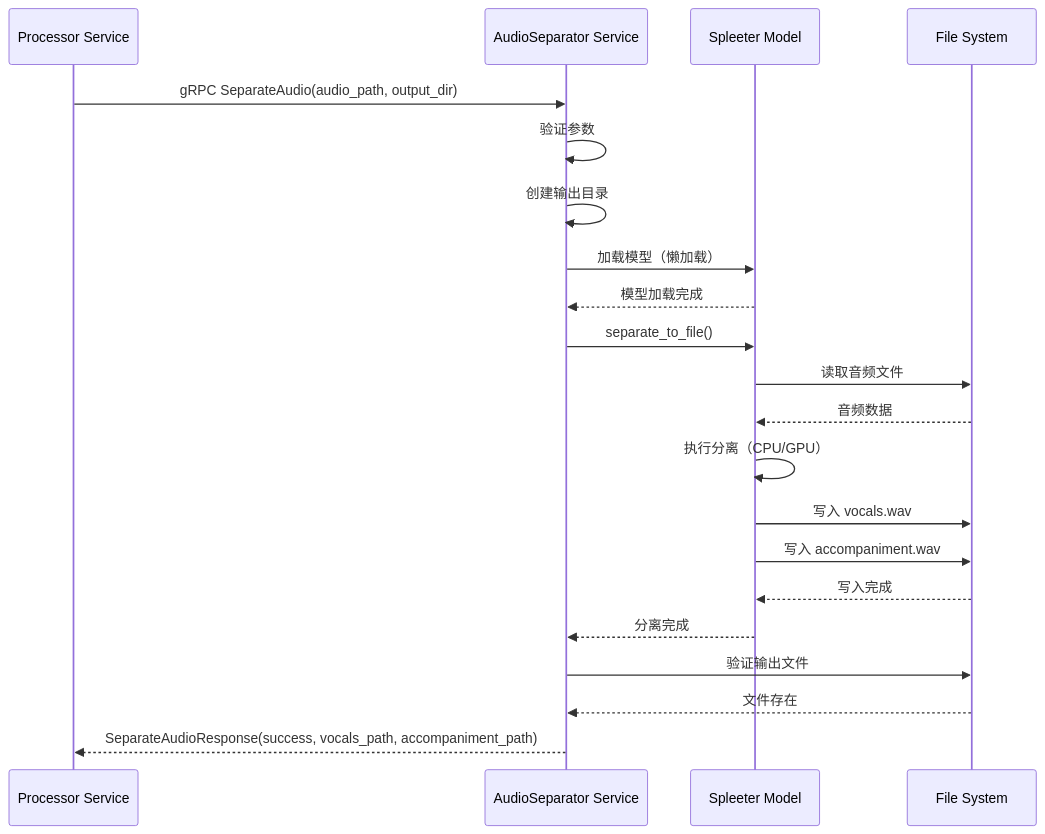
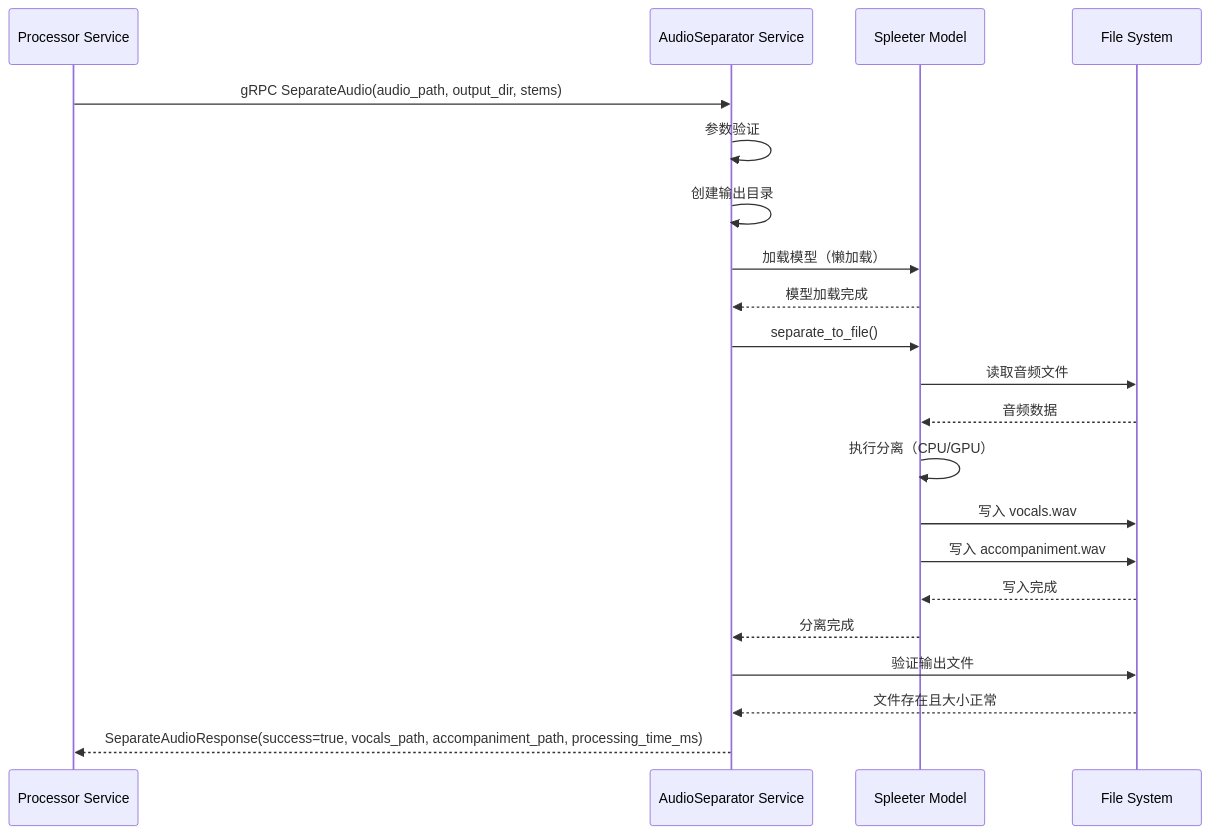
Before and after one commit to AoManoh/Video-In-Chinese: the first of 2 diagrams in notes/AudioSeparator-design.md, drawn with Mermaid. The commit also changed other lines of this file and 5 other files, not shown here.

````diff
--- a/notes/AudioSeparator-design.md
+++ b/notes/AudioSeparator-design.md
@@ -191,24 +217,24 @@
 ```mermaid
 sequenceDiagram
     participant P as Processor Service
     participant A as AudioSeparator Service
     participant S as Spleeter Model
     participant F as File System
 
-    P->>A: gRPC SeparateAudio(audio_path, output_dir)
-    A->>A: 验证参数
+    P->>A: gRPC SeparateAudio(audio_path, output_dir, stems)
+    A->>A: 参数验证
     A->>A: 创建输出目录
     A->>S: 加载模型（懒加载）
     S-->>A: 模型加载完成
     A->>S: separate_to_file()
     S->>F: 读取音频文件
     F-->>S: 音频数据
     S->>S: 执行分离（CPU/GPU）
     S->>F: 写入 vocals.wav
     S->>F: 写入 accompaniment.wav
     F-->>S: 写入完成
     S-->>A: 分离完成
     A->>F: 验证输出文件
-    F-->>A: 文件存在
-    A-->>P: SeparateAudioResponse(success, vocals_path, accompaniment_path)
+    F-->>A: 文件存在且大小正常
+    A-->>P: SeparateAudioResponse(success=true, vocals_path, accompaniment_path, processing_time_ms)
 ```
````
